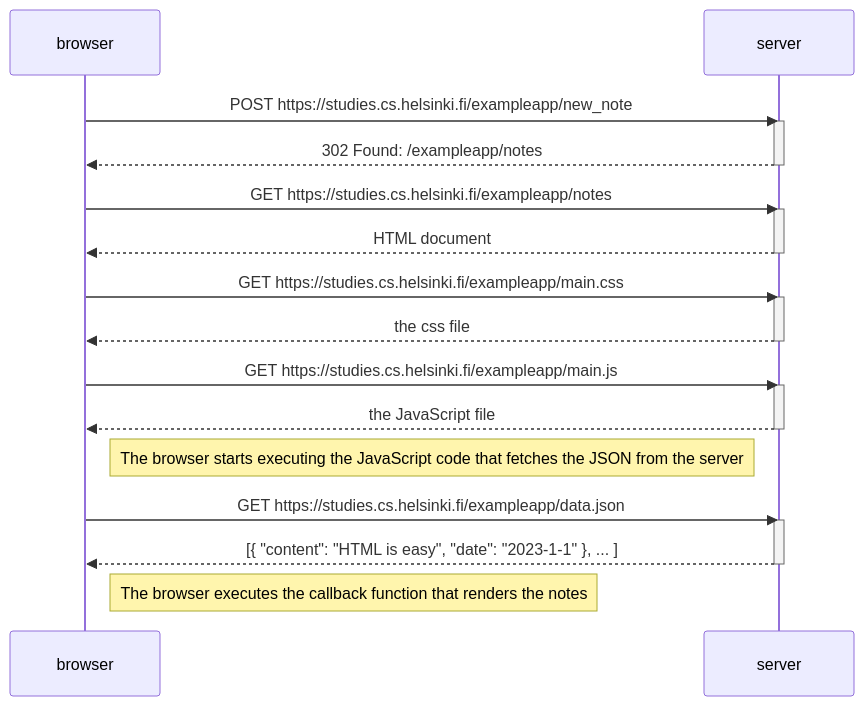
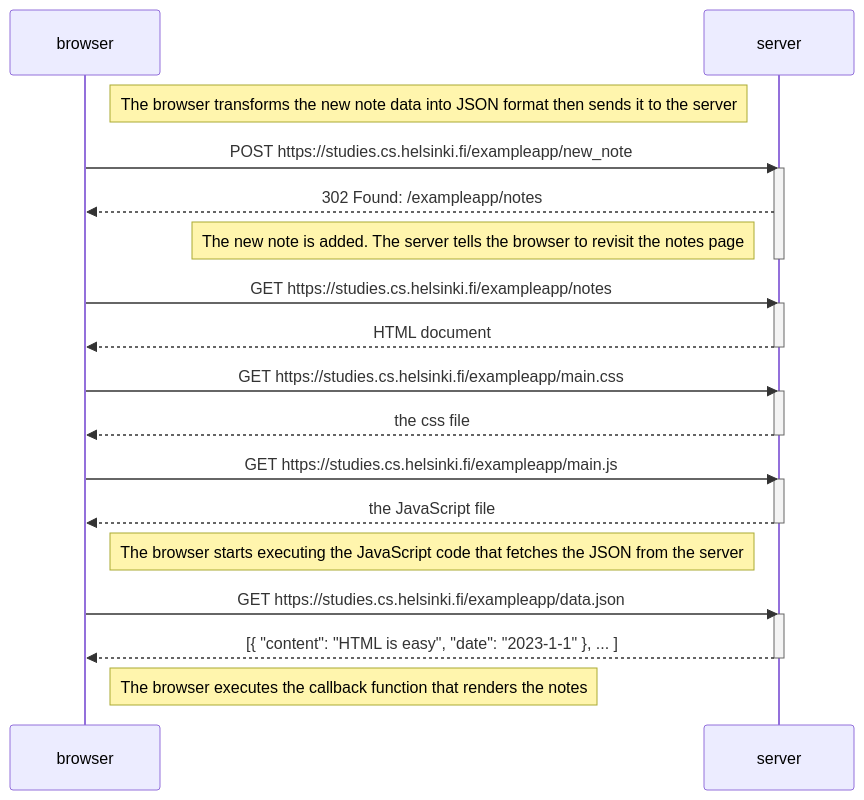
Before and after one commit to tunggnu/fullstackopen2024: the diagram in part0/0.4.md, drawn with Mermaid.

Commit message:
Add notes in 0.4

````diff
--- a/part0/0.4.md
+++ b/part0/0.4.md
@@ -3,34 +3,37 @@
 ```mermaid
 sequenceDiagram
     participant browser
     participant server
 
+    Note right of browser: The browser transforms the new note data into JSON format then sends it to the server
+
     browser->>server: POST https://studies.cs.helsinki.fi/exampleapp/new_note
     activate server
     server-->>browser: 302 Found: /exampleapp/notes
+    Note left of server: The new note is added. The server tells the browser to revisit the notes page
     deactivate server
 
     browser->>server: GET https://studies.cs.helsinki.fi/exampleapp/notes
     activate server
     server-->>browser: HTML document
     deactivate server
 
     browser->>server: GET https://studies.cs.helsinki.fi/exampleapp/main.css
     activate server
     server-->>browser: the css file
     deactivate server
 
     browser->>server: GET https://studies.cs.helsinki.fi/exampleapp/main.js
     activate server
     server-->>browser: the JavaScript file
     deactivate server
 
     Note right of browser: The browser starts executing the JavaScript code that fetches the JSON from the server
 
     browser->>server: GET https://studies.cs.helsinki.fi/exampleapp/data.json
     activate server
     server-->>browser: [{ "content": "HTML is easy", "date": "2023-1-1" }, ... ]
     deactivate server
 
     Note right of browser: The browser executes the callback function that renders the notes
 ```
````
